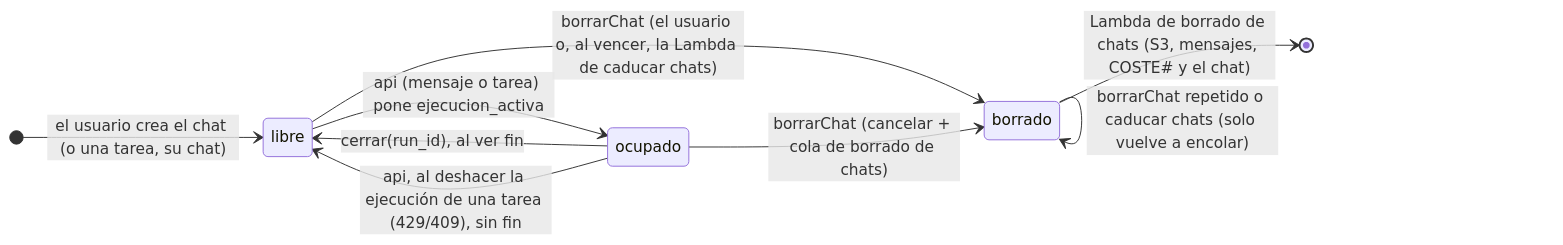
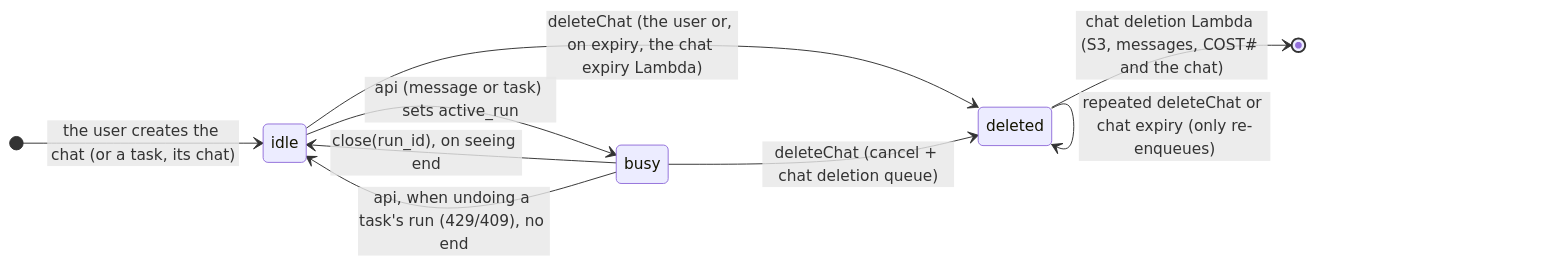
The fifth of 10 diagrams in docs/arquitectura-agentes.md (ikermendi/sample-agent-platform-with-agentcore), drawn with Mermaid before and after one commit. The commit also changed other lines of this file and 21 other files, not shown here.

````diff
--- a/docs/arquitectura-agentes.md
+++ b/docs/arquitectura-agentes.md
@@ -612,12 +612,12 @@
 ```mermaid
 stateDiagram-v2
   direction LR
-  [*] --> libre : el usuario crea el chat (o una tarea, su chat)
-  libre --> ocupado : api (mensaje o tarea) pone ejecucion_activa
-  ocupado --> libre : cerrar(run_id), al ver fin
-  ocupado --> libre : api, al deshacer la ejecución de una tarea (429/409), sin fin
-  libre --> borrado : borrarChat (el usuario o, al vencer, la Lambda de caducar chats)
-  ocupado --> borrado : borrarChat (cancelar + cola de borrado de chats)
-  borrado --> borrado : borrarChat repetido o caducar chats (solo vuelve a encolar)
-  borrado --> [*] : Lambda de borrado de chats (S3, mensajes, COSTE# y el chat)
+  [*] --> idle : the user creates the chat (or a task, its chat)
+  idle --> busy : api (message or task) sets active_run
+  busy --> idle : close(run_id), on seeing end
+  busy --> idle : api, when undoing a task's run (429/409), no end
+  idle --> deleted : deleteChat (the user or, on expiry, the chat expiry Lambda)
+  busy --> deleted : deleteChat (cancel + chat deletion queue)
+  deleted --> deleted : repeated deleteChat or chat expiry (only re-enqueues)
+  deleted --> [*] : chat deletion Lambda (S3, messages, COST# and the chat)
 ```
````
